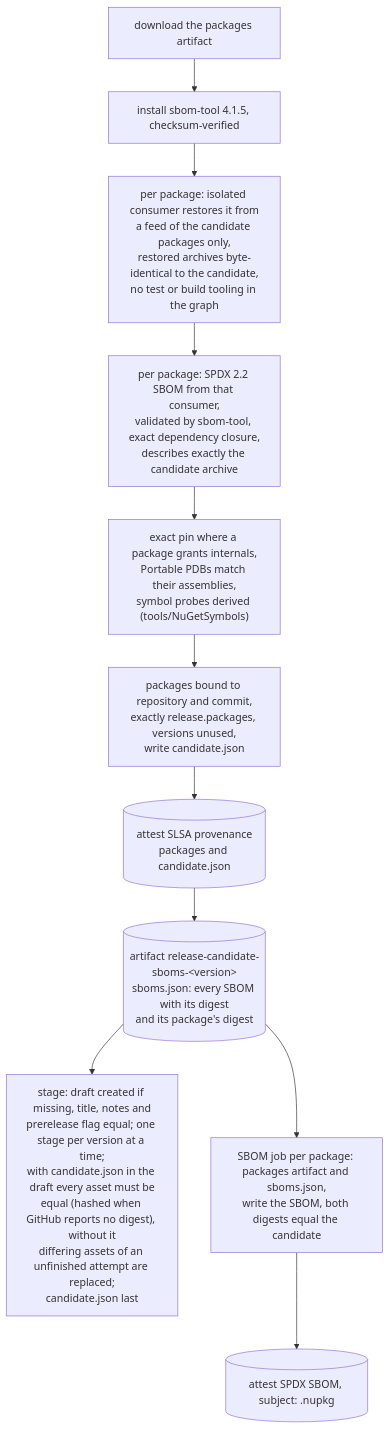
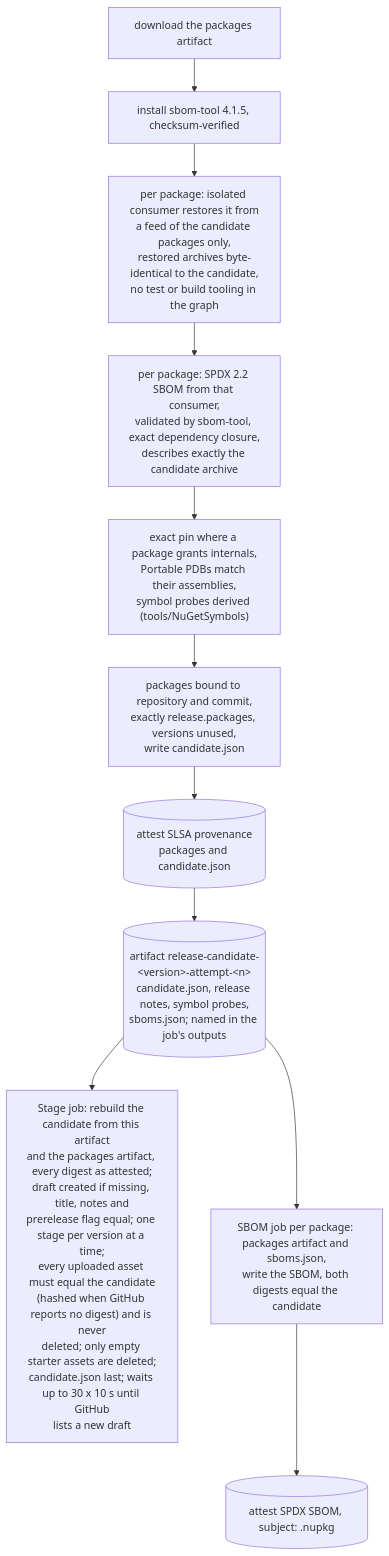
Before and after one commit to doka-labs/workflows: diagram 12 of 19 in docs/overview.md, drawn with Mermaid. The commit also changed other lines of this file and 14 other files, not shown here.

First line of the commit message:
fix(release): keep release reruns from failing or changing a draft (#17)

````diff
--- a/docs/overview.md
+++ b/docs/overview.md
@@ -350,14 +352,14 @@
 ```mermaid
 flowchart TB
   accTitle: Candidate job
-  accDescr: The packages are checked, restored in consumers, described by SBOMs, attested and staged in a draft release.
+  accDescr: The packages are checked, restored in consumers, described by SBOMs and attested; the stage job puts exactly these files in a draft release.
   c1["download the packages artifact"] --> c2["install sbom-tool 4.1.5, checksum-verified"]
   c2 --> c3["per package: isolated consumer restores it from<br/>a feed of the candidate packages only,<br/>restored archives byte-identical to the candidate,<br/>no test or build tooling in the graph"]
   c3 --> c4["per package: SPDX 2.2 SBOM from that consumer,<br/>validated by sbom-tool, exact dependency closure,<br/>describes exactly the candidate archive"]
   c4 --> c5["exact pin where a package grants internals,<br/>Portable PDBs match their assemblies,<br/>symbol probes derived (tools/NuGetSymbols)"]
   c5 --> c6["packages bound to repository and commit,<br/>exactly release.packages, versions unused,<br/>write candidate.json"]
   c6 --> c7[("attest SLSA provenance<br/>packages and candidate.json")]
-  c7 --> c8[("artifact release-candidate-sboms-&lt;version&gt;<br/>sboms.json: every SBOM with its digest<br/>and its package's digest")]
-  c8 --> c9["stage: draft created if missing, title, notes and<br/>prerelease flag equal; one stage per version at a time;<br/>with candidate.json in the draft every asset must be<br/>equal (hashed when GitHub reports no digest), without it<br/>differing assets of an unfinished attempt are replaced;<br/>candidate.json last"]
+  c7 --> c8[("artifact release-candidate-&lt;version&gt;-attempt-&lt;n&gt;<br/>candidate.json, release notes, symbol probes,<br/>sboms.json; named in the job's outputs")]
+  c8 --> c9["Stage job: rebuild the candidate from this artifact<br/>and the packages artifact, every digest as attested;<br/>draft created if missing, title, notes and<br/>prerelease flag equal; one stage per version at a time;<br/>every uploaded asset must equal the candidate<br/>(hashed when GitHub reports no digest) and is never<br/>deleted; only empty starter assets are deleted;<br/>candidate.json last; waits up to 30 x 10 s until GitHub<br/>lists a new draft"]
   c8 --> s1["SBOM job per package: packages artifact and sboms.json,<br/>write the SBOM, both digests equal the candidate"] --> s2[("attest SPDX SBOM, subject: .nupkg")]
 ```
````
